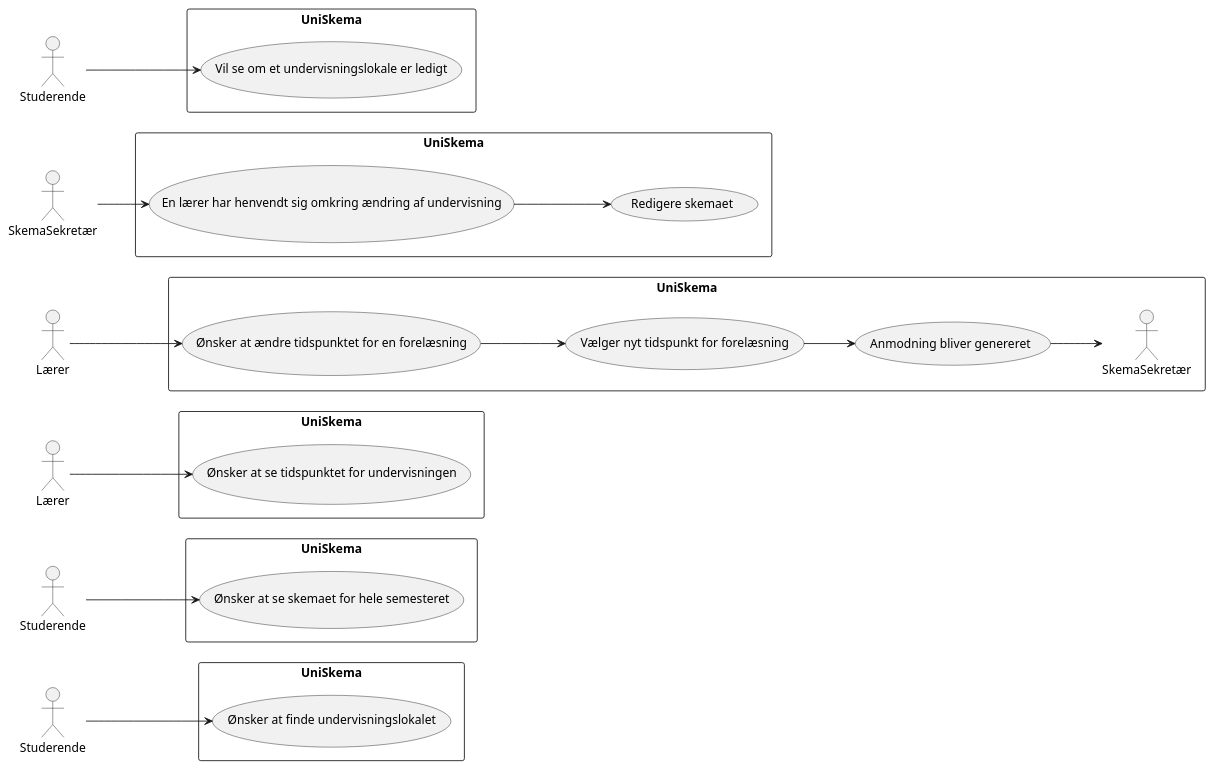
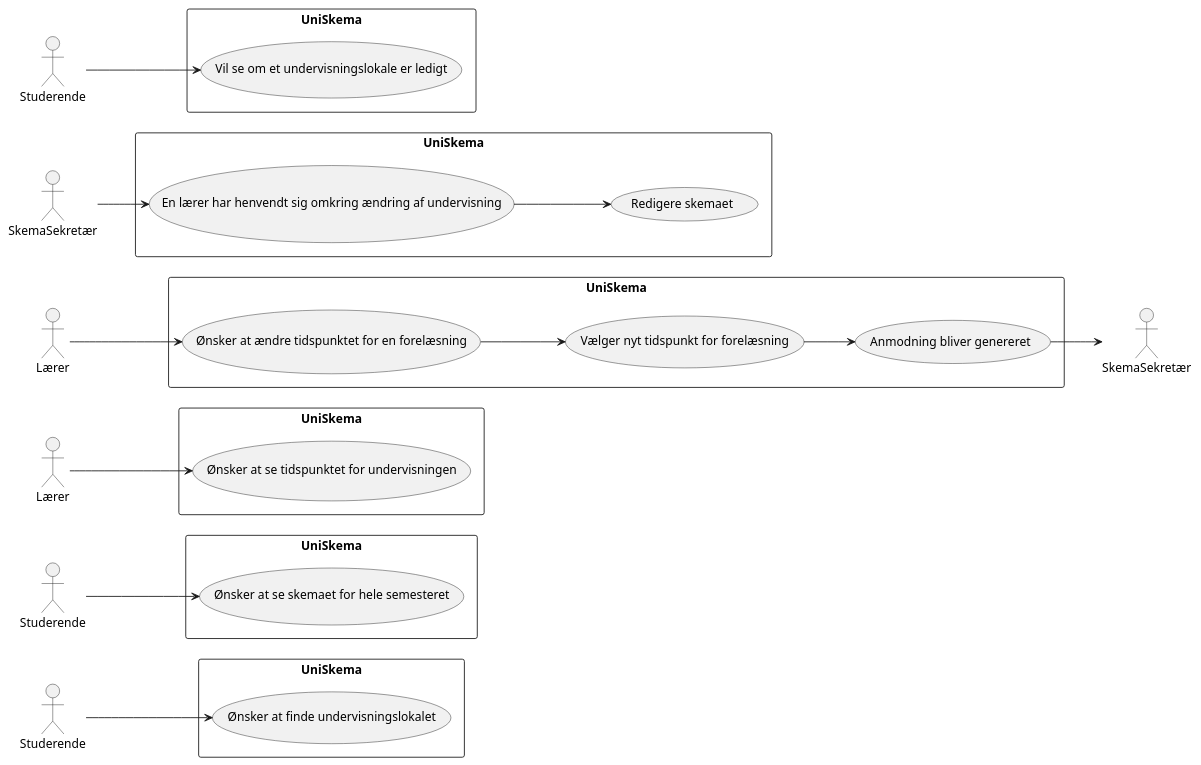
One commit to MadsSchroder/Systemudvikling-Eksamen-KU changed the diagram in Opgave7.puml. Above: the diagram before and after it, drawn with PlantUML. The commit also changed 2 other files, not shown here.

```diff
--- a/Opgave7.puml
+++ b/Opgave7.puml
@@ -1,35 +1,35 @@
 @startuml
 left to right direction
 :Studerende:
 rectangle "UniSkema"  {
 Studerende --> (Ønsker at finde undervisningslokalet)
 }
-actor Studerende as Studerende2
+actor Studerende as Studerende2 
 rectangle "UniSkema" as "UniSkema5" {
 Studerende2 --> (Ønsker at se skemaet for hele semesteret)
 }
 
 :Lærer:
 rectangle "UniSkema" as "UniSkema2" {
 Lærer --> (Ønsker at se tidspunktet for undervisningen)
 }
 
 actor Lærer as Lærer2
 rectangle "UniSkema" as "UniSkema4"  {
 Lærer2 --> (Ønsker at ændre tidspunktet for en forelæsning)
 (Ønsker at ændre tidspunktet for en forelæsning) --> (Vælger nyt tidspunkt for forelæsning)
 (Vælger nyt tidspunkt for forelæsning) --> (Anmodning bliver genereret)
+}
 (Anmodning bliver genereret) --> :SkemaSekretær:
-}
 
 actor SkemaSekretær as SkemaSekretær2
 rectangle "UniSkema" as "UniSkema3"  {
 SkemaSekretær2 --> (En lærer har henvendt sig omkring ændring af undervisning)
 (En lærer har henvendt sig omkring ændring af undervisning) --> (Redigere skemaet)
 }
 
 actor Studerende as Studerende3
 rectangle "UniSkema" as "UniSkema6"  {
 Studerende3 --> (Vil se om et undervisningslokale er ledigt)
 }
 @enduml
```
